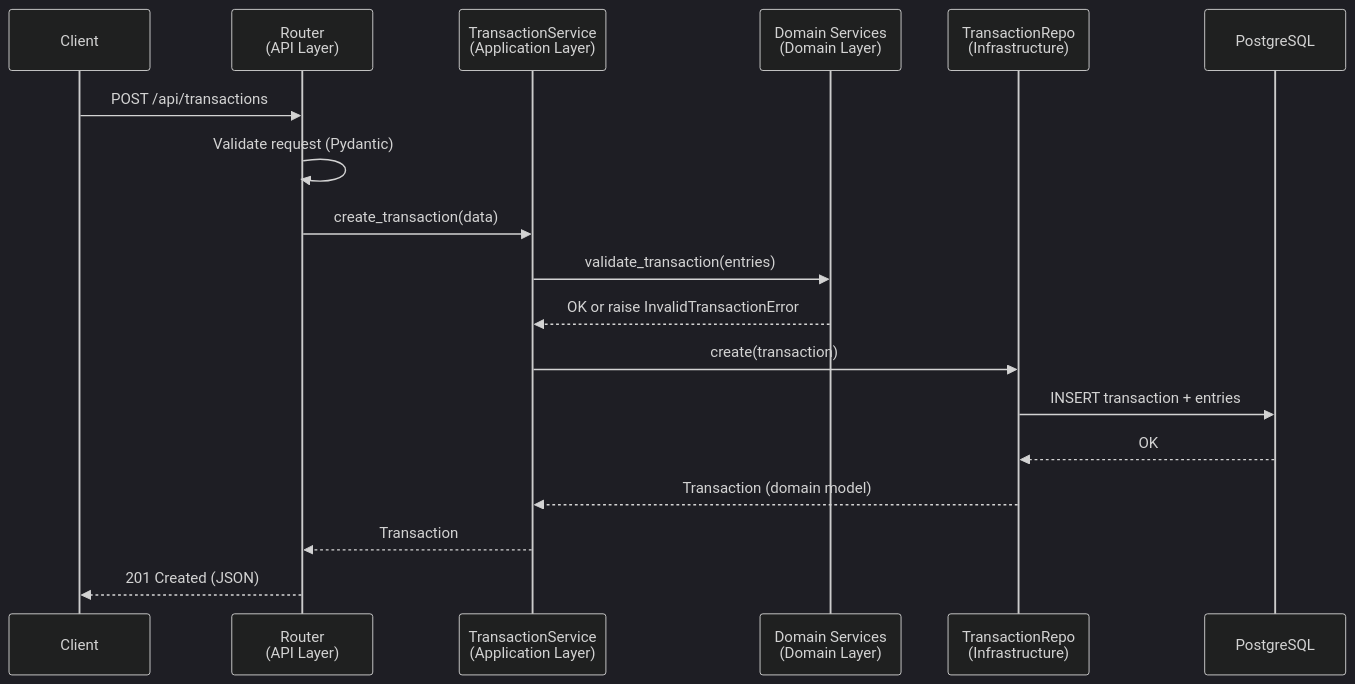
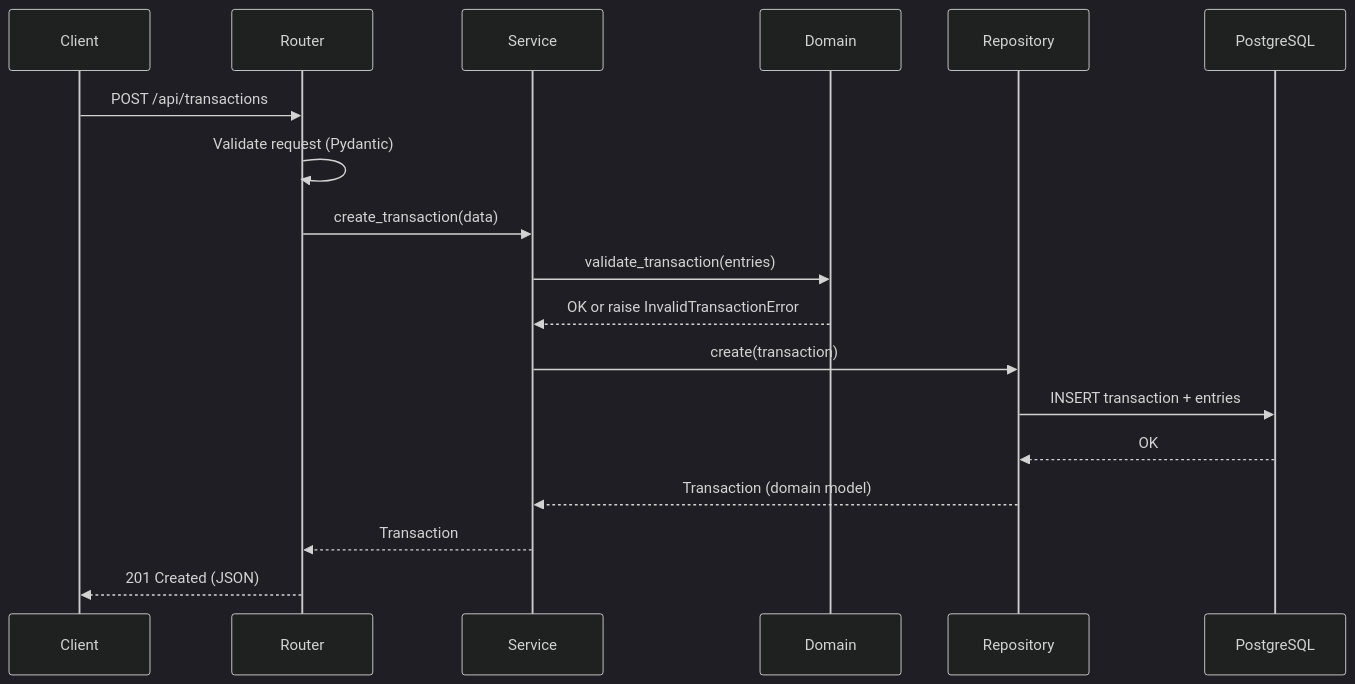
One commit to dremdem/illuminati changed the third of 3 diagrams in docs/architecture.md. Above: the diagram before and after it, drawn with Mermaid (dark theme). The commit also changed other lines of this file and 2 other files, not shown here.

First line of the commit message:
fix: shorten Mermaid diagram labels to prevent text truncation

````diff
--- a/docs/architecture.md
+++ b/docs/architecture.md
@@ -189,21 +191,21 @@
 ```mermaid
 sequenceDiagram
     participant C as Client
-    participant R as Router<br/>(API Layer)
-    participant S as TransactionService<br/>(Application Layer)
-    participant D as Domain Services<br/>(Domain Layer)
-    participant Repo as TransactionRepo<br/>(Infrastructure)
+    participant R as Router
+    participant S as Service
+    participant D as Domain
+    participant Repo as Repository
     participant DB as PostgreSQL
 
     C->>R: POST /api/transactions
     R->>R: Validate request (Pydantic)
     R->>S: create_transaction(data)
     S->>D: validate_transaction(entries)
     D-->>S: OK or raise InvalidTransactionError
     S->>Repo: create(transaction)
     Repo->>DB: INSERT transaction + entries
     DB-->>Repo: OK
     Repo-->>S: Transaction (domain model)
     S-->>R: Transaction
     R-->>C: 201 Created (JSON)
 ```
````
